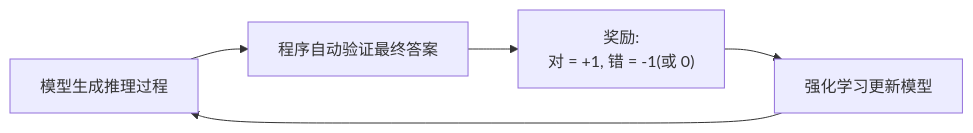
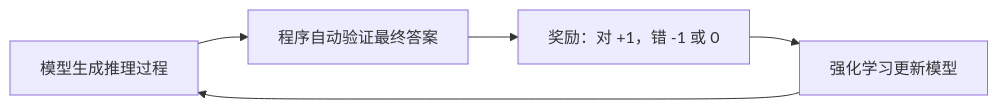
One commit to AI-learning-simple/Build-Your-Own-LLM changed the second of 3 diagrams in 2. Alignment 与训练工程/6. 推理对齐（Reasoning Alignment）——推理能力的训练与对齐.md. Above: the diagram before and after it, drawn with Mermaid. The commit also changed other lines of this file and 65 other files, not shown here.

````diff
--- a/2. Alignment 与训练工程/6. 推理对齐（Reasoning Alignment）——推理能力的训练与对齐.md
+++ b/2. Alignment 与训练工程/6. 推理对齐（Reasoning Alignment）——推理能力的训练与对齐.md
@@ -53,4 +80,4 @@
 ```mermaid
 flowchart LR
-    A[模型生成推理过程] --> B[程序自动验证最终答案] --> C["奖励:<br/>对 = +1, 错 = -1(或 0)"] --> D[强化学习更新模型] --> A
+    A[模型生成推理过程] --> B[程序自动验证最终答案] --> C["奖励：对 +1，错 -1 或 0"] --> D[强化学习更新模型] --> A
 ```
````
